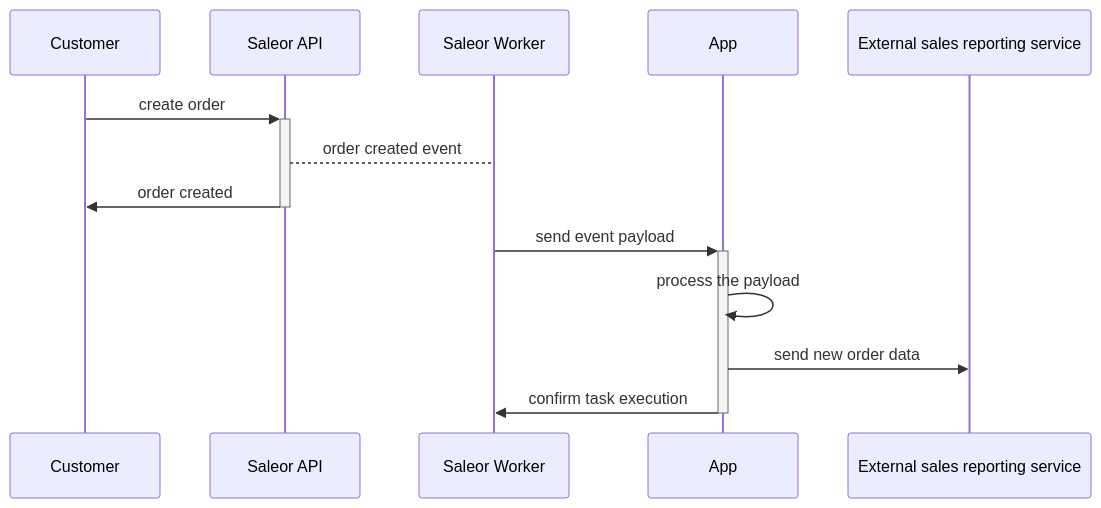
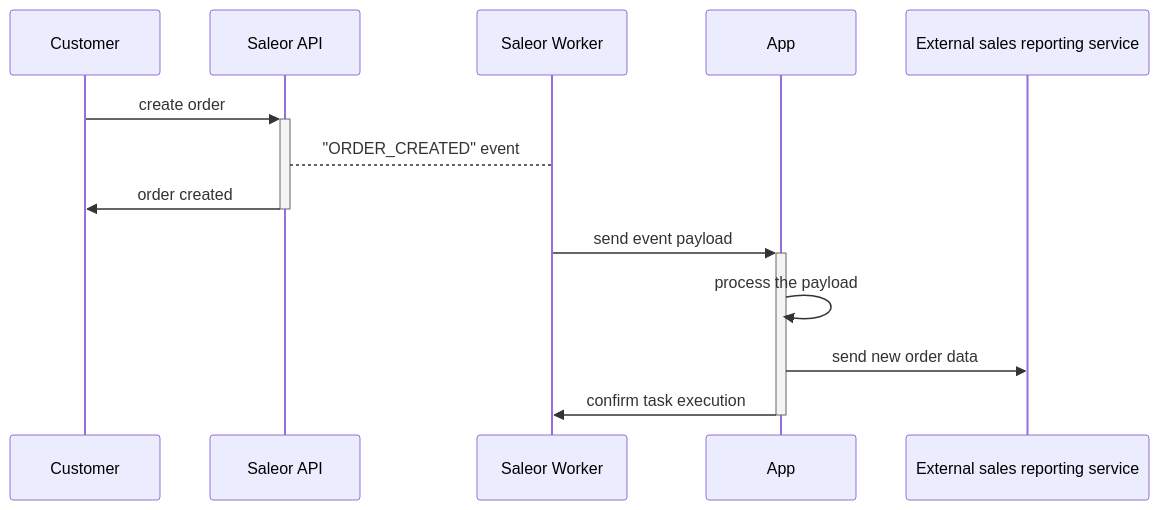
The first of 5 diagrams in docs/developer/extending/apps/architecture/communication-between-app-and-saleor.mdx (saleor/saleor-docs), drawn with Mermaid before and after one commit. The commit also changed other lines of this file, not shown here.

````diff
--- a/docs/developer/extending/apps/architecture/communication-between-app-and-saleor.mdx
+++ b/docs/developer/extending/apps/architecture/communication-between-app-and-saleor.mdx
@@ -11,17 +12,17 @@
 ```mermaid
 sequenceDiagram
     participant c as Customer
     participant s as Saleor API
     participant w as Saleor Worker
     participant a as App
     participant extSales as External sales reporting service
 
     c ->>+ s: create order
-    s --> w: order created event
+    s --> w: "ORDER_CREATED" event
     s ->>- c: order created
 
     w ->>+ a: send event payload
     a ->> a: process the payload
     a ->> extSales: send new order data
     a ->>- w: confirm task execution
 ```
````
